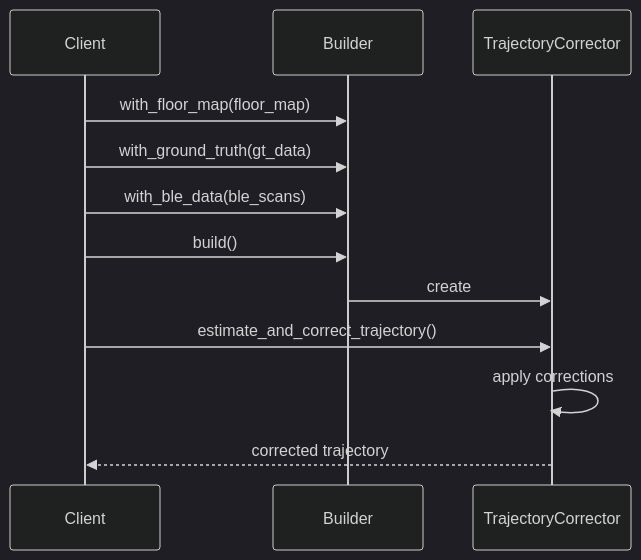
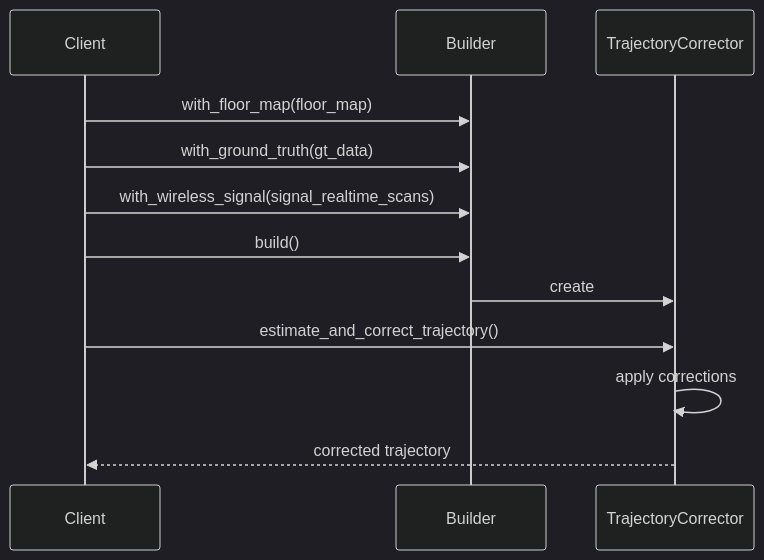
Before and after one commit to kajiLabTeam/palkia: the diagram in docs/corrector-sequence.md, drawn with Mermaid (dark theme). The commit also changed 8 other files, not shown here.

````diff
--- a/docs/corrector-sequence.md
+++ b/docs/corrector-sequence.md
@@ -3,17 +3,17 @@
 ```mermaid
 
 sequenceDiagram
     participant C as Client
     participant B as Builder
     participant T as TrajectoryCorrector
     
     C->>B: with_floor_map(floor_map)
     C->>B: with_ground_truth(gt_data)
-    C->>B: with_ble_data(ble_scans)
+    C->>B: with_wireless_signal(signal_realtime_scans)
     C->>B: build()
     B->>T: create
     C->>T: estimate_and_correct_trajectory()
     T->>T: apply corrections
     T-->>C: corrected trajectory
 
 ```
````
